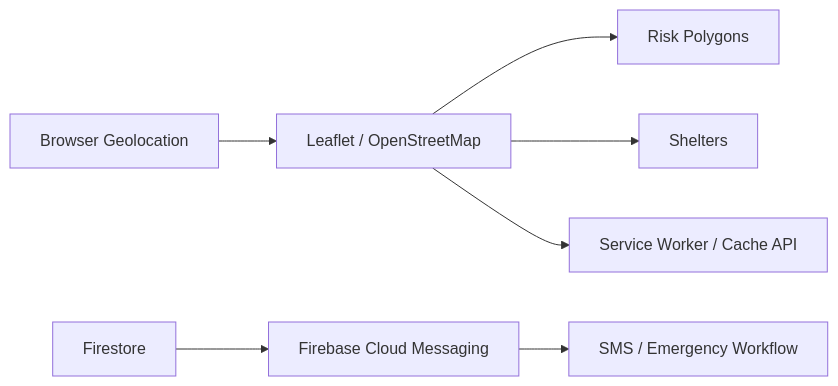
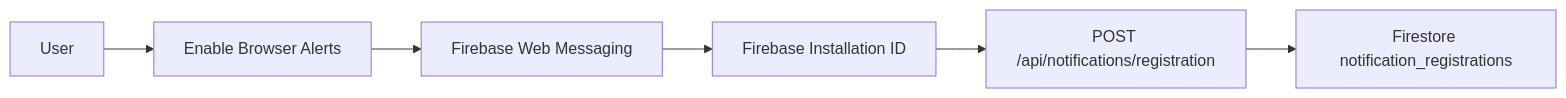
Before and after one commit to Kaman259/FlashFlood: the second of 3 diagrams in README.md, drawn with Mermaid. The commit also changed other lines of this file, not shown here.

````diff
--- a/README.md
+++ b/README.md
@@ -111,18 +142,8 @@
 ```mermaid
 flowchart LR
-    MAP[Leaflet / OpenStreetMap]
-    POLY[Risk Polygons]
-    SHELTER[Shelters]
-    GEO[Browser Geolocation]
-    DB[Firestore]
-    FCM[Firebase Cloud Messaging]
-    SMS[SMS / Emergency Workflow]
-    OFFLINE[Service Worker / Cache API]
-
-    MAP --> POLY
-    MAP --> SHELTER
-    GEO --> MAP
-    DB --> FCM
-    FCM --> SMS
-    MAP --> OFFLINE
+    U[User] --> E[Enable Browser Alerts]
+    E --> FW[Firebase Web Messaging]
+    FW --> FID[Firebase Installation ID]
+    FID --> REG[POST /api/notifications/registration]
+    REG --> NR[Firestore notification_registrations]
 ```
````
